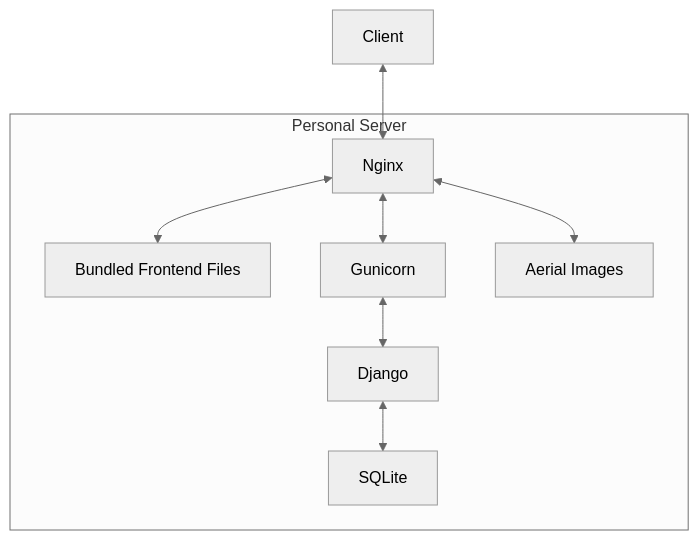
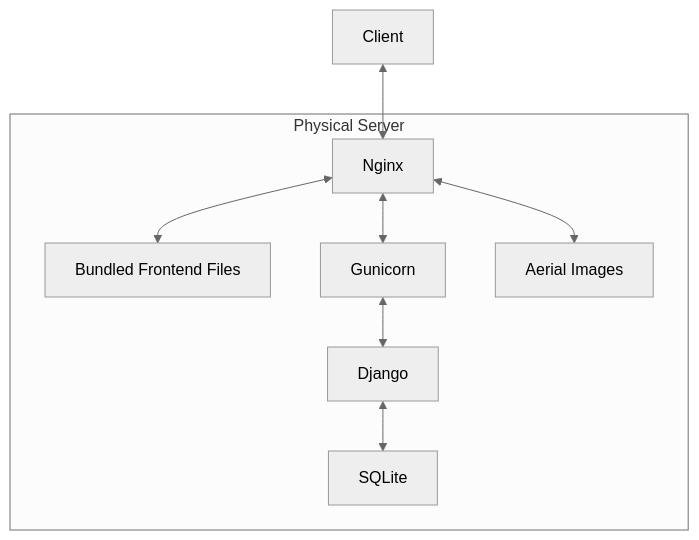
One commit to skykhs3/skykhs3.github.io changed the third of 4 diagrams in _posts/2025-04-07-retrospective-kakao-impact.md. Above: the diagram before and after it, drawn with Mermaid (neutral theme). The commit also changed other lines of this file and 2 other files, not shown here.

````diff
--- a/_posts/2025-04-07-retrospective-kakao-impact.md
+++ b/_posts/2025-04-07-retrospective-kakao-impact.md
@@ -58,12 +58,12 @@
 ```mermaid
 flowchart TD
     A[Client] <-->  B
-    subgraph Personal Server
+    subgraph Physical Server
         B[Nginx] <--> C[Bundled Frontend Files]
         B <--> D[Gunicorn]
         D <--> E[Django]
         E <--> F[SQLite]
         B <--> G[Aerial Images]
     end
 
 ```
````
